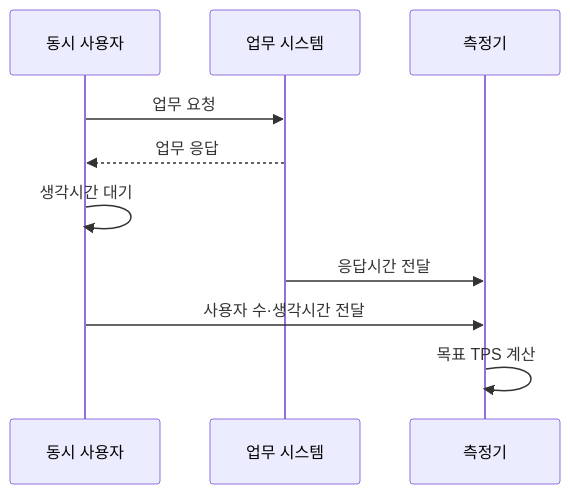
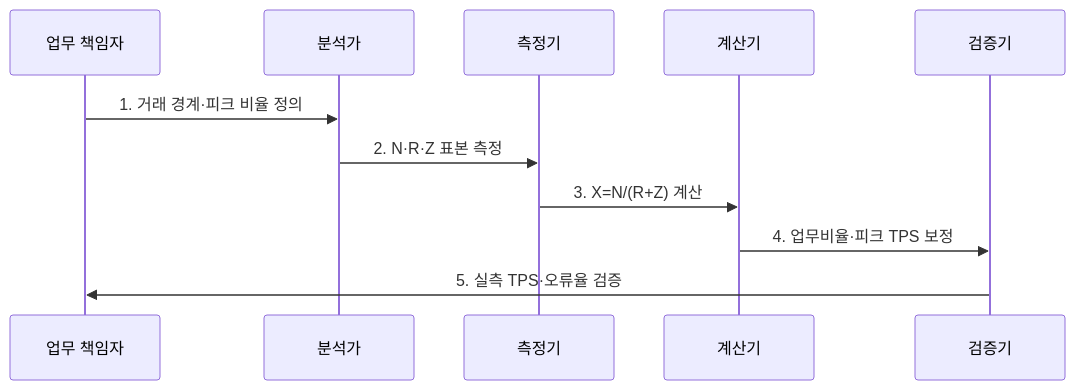
One commit to agnusdei1207/knowledge-base changed the second of 2 diagrams in src/content/docs/notes/06-evaluation/007_tps_calculation.md. Above: the diagram before and after it, drawn with Mermaid. The commit also changed other lines of this file and 6 other files, not shown here.

````diff
--- a/src/content/docs/notes/06-evaluation/007_tps_calculation.md
+++ b/src/content/docs/notes/06-evaluation/007_tps_calculation.md
@@ -74,12 +76,13 @@
 ```mermaid
 sequenceDiagram
-    participant U as 동시 사용자
-    participant S as 업무 시스템
-    participant M as 측정기
-    U->>S: 업무 요청
-    S-->>U: 업무 응답
-    U->>U: 생각시간 대기
-    S->>M: 응답시간 전달
-    U->>M: 사용자 수·생각시간 전달
-    M->>M: 목표 TPS 계산
+  participant O as 업무 책임자
+  participant A as 분석가
+  participant M as 측정기
+  participant C as 계산기
+  participant V as 검증기
+  O->>A: 1. 거래 경계·피크 비율 정의
+  A->>M: 2. N·R·Z 표본 측정
+  M->>C: 3. X=N/(R+Z) 계산
+  C->>V: 4. 업무비율·피크 TPS 보정
+  V->>O: 5. 실측 TPS·오류율 검증
 ```
````
